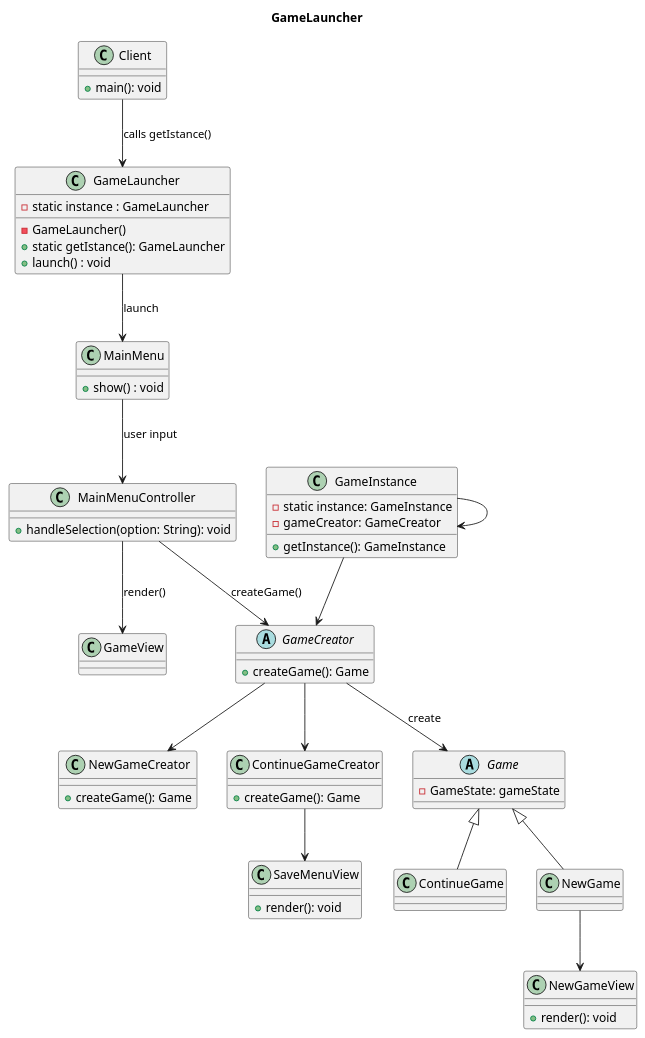
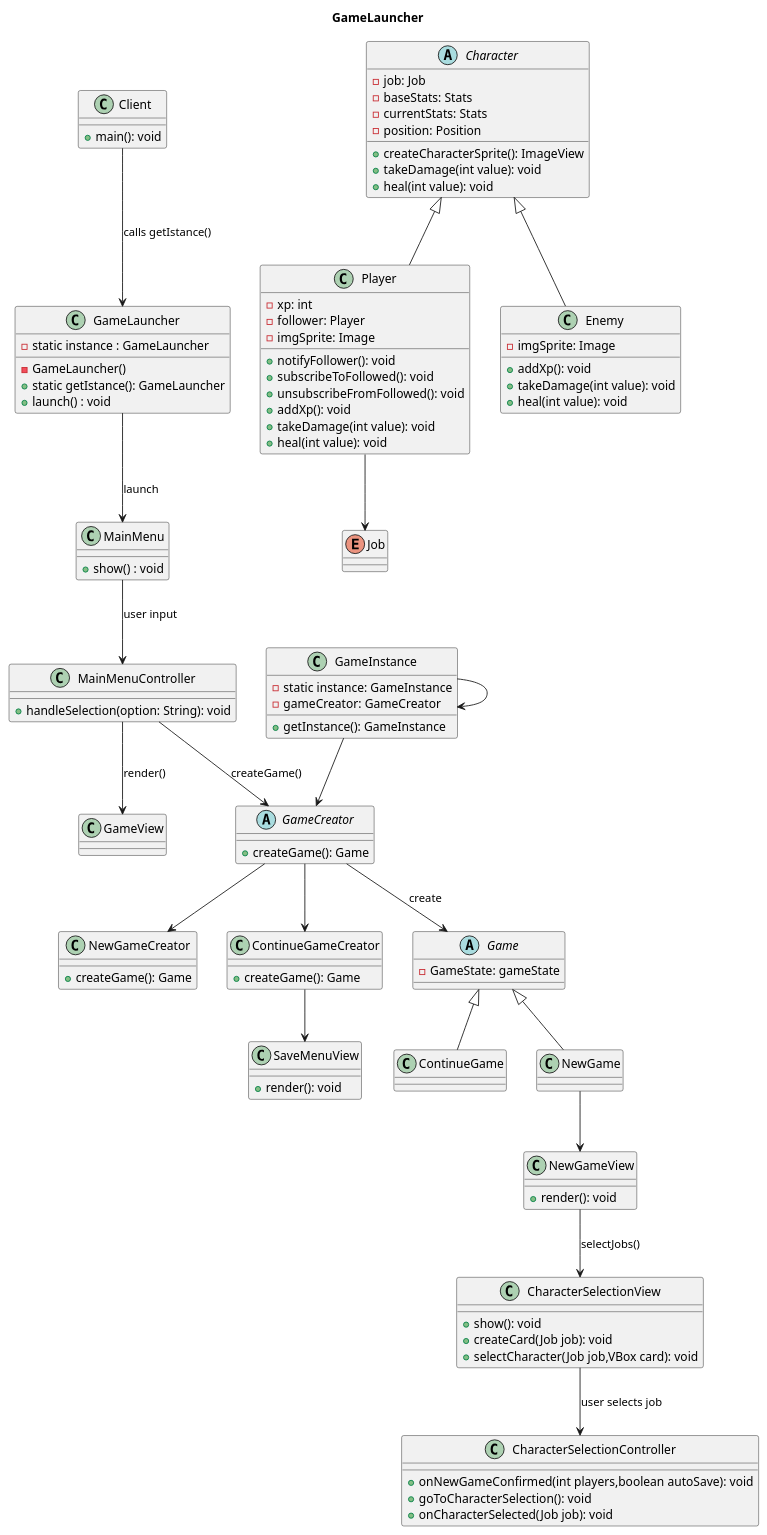
The diagram in user_stories_pml/The_Cycle.puml (samMM-cs/iss-team2), drawn with PlantUML before and after one commit. The commit also changed 2 other files, not shown here.

```diff
--- a/user_stories_pml/The_Cycle.puml
+++ b/user_stories_pml/The_Cycle.puml
@@ -1,79 +1,124 @@
 @startuml GameLauncher
 
 title GameLauncher
 
 class Client{
     + main(): void
 }
 Client-->GameLauncher: calls getIstance()
 
 class GameLauncher{
     - static instance : GameLauncher
     - GameLauncher()
     +static getIstance(): GameLauncher
     + launch() : void
 }
 
 class MainMenu{
     +show() : void
 }
 
 GameLauncher-->MainMenu: launch
 
 abstract class GameCreator{
     + createGame(): Game
 }
 
 class NewGameCreator{
     + createGame(): Game
 }
 
 class ContinueGameCreator{
     + createGame(): Game
 }
 
 GameCreator -down-> NewGameCreator
 GameCreator -down-> ContinueGameCreator
 GameCreator --> Game : create
 
 abstract class Game{
     - GameState: gameState
 }
 
 class NewGame{}
 class ContinueGame{}
 
 class NewGame {}
 class ContinueGame {}
 
 Game <|-- NewGame
 Game <|-- ContinueGame
 
 class NewGameView {
     + render(): void
 }
 class SaveMenuView {
     + render(): void
 }
 
 NewGame --> NewGameView
 ContinueGameCreator --> SaveMenuView
 
 ' ===== Singleton GameInstance =====
 class GameInstance {
     - static instance: GameInstance
     - gameCreator: GameCreator
     + getInstance(): GameInstance
 }
 
 GameInstance --> GameCreator
 GameInstance --> GameInstance
 
 class MainMenuController{
     + handleSelection(option: String): void
 }
 
 MainMenu --> MainMenuController : user input
 MainMenuController --> GameCreator : createGame()
 MainMenuController --> GameView : render()
+
+'Choose character job'
+abstract class Character{
+    - job: Job
+    -baseStats: Stats
+    -currentStats: Stats
+    -position: Position
+    +createCharacterSprite(): ImageView
+    +takeDamage(int value): void
+    +heal(int value): void
+}
+
+class Player extends Character{
+    - xp: int
+    - follower: Player
+    - imgSprite: Image
+    +notifyFollower(): void
+    +subscribeToFollowed(): void
+    +unsubscribeFromFollowed(): void
+    +addXp(): void
+    +takeDamage(int value): void
+    +heal(int value): void
+}
+class Enemy extends Character{
+    - imgSprite: Image
+    +addXp(): void
+    +takeDamage(int value): void
+    +heal(int value): void
+}
+
+class CharacterSelectionView{
+    +show(): void
+    +createCard(Job job): void
+    +selectCharacter(Job job,VBox card): void
+}
+class CharacterSelectionController{
+    +onNewGameConfirmed(int players,boolean autoSave): void
+    +goToCharacterSelection(): void
+    +onCharacterSelected(Job job): void
+
+}
+enum Job{}
+CharacterSelectionView-->CharacterSelectionController: user selects job
+NewGameView-->CharacterSelectionView: selectJobs()
+Player-->Job
 @enduml
```
